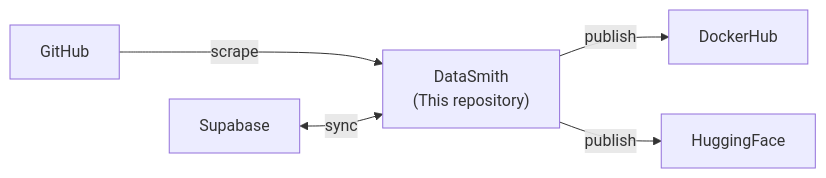
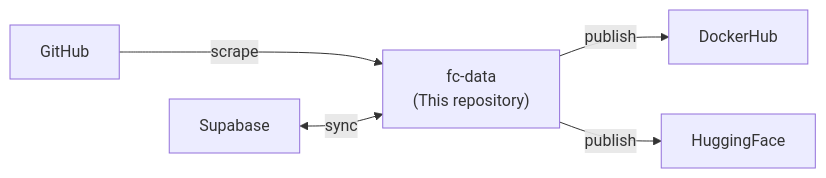
One commit to formula-code/datasmith changed the diagram in docs/index.md. Above: the diagram before and after it, drawn with Mermaid. The commit also changed other lines of this file and 11 other files, not shown here.

First line of the commit message:
Rebrand DataSmith to fc-data across all docs and website

````diff
--- a/docs/index.md
+++ b/docs/index.md
@@ -14,13 +14,13 @@
 ```mermaid
 graph LR
     A --->|scrape| B
     A2 <-->|sync| B
     B -->|publish| C
     B -->|publish| D
 
     A[GitHub]
     A2[Supabase]
-    B["DataSmith<br/>(This repository)"]
+    B["fc-data<br/>(This repository)"]
     C[DockerHub]
     D[HuggingFace]
 ```
````
